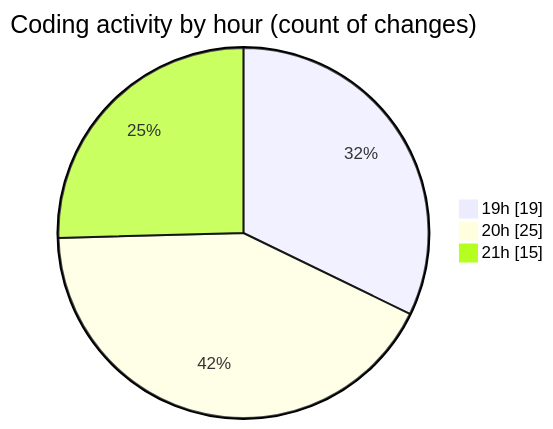
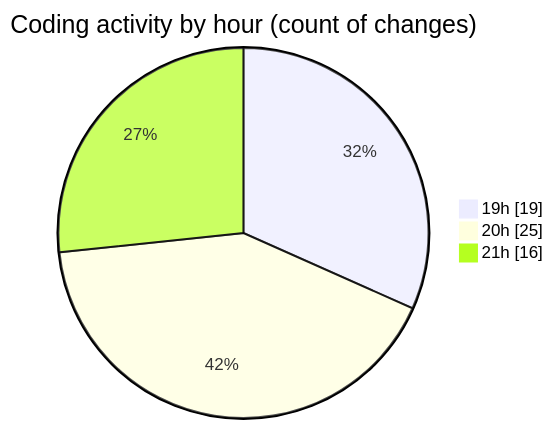
Before and after one commit to momahboobian/code-tracking: the second of 2 diagrams in 2025-05-12/news-clock-system-caspercg/README.md, drawn with Mermaid. The commit also changed other lines of this file and 1 other file, not shown here.

````diff
--- a/2025-05-12/news-clock-system-caspercg/README.md
+++ b/2025-05-12/news-clock-system-caspercg/README.md
@@ -44,7 +44,7 @@
 ```mermaid
 pie showData
 title Coding activity by hour (count of changes)
 "19h" : 19
 "20h" : 25
-"21h" : 15
+"21h" : 16
 ```
````
